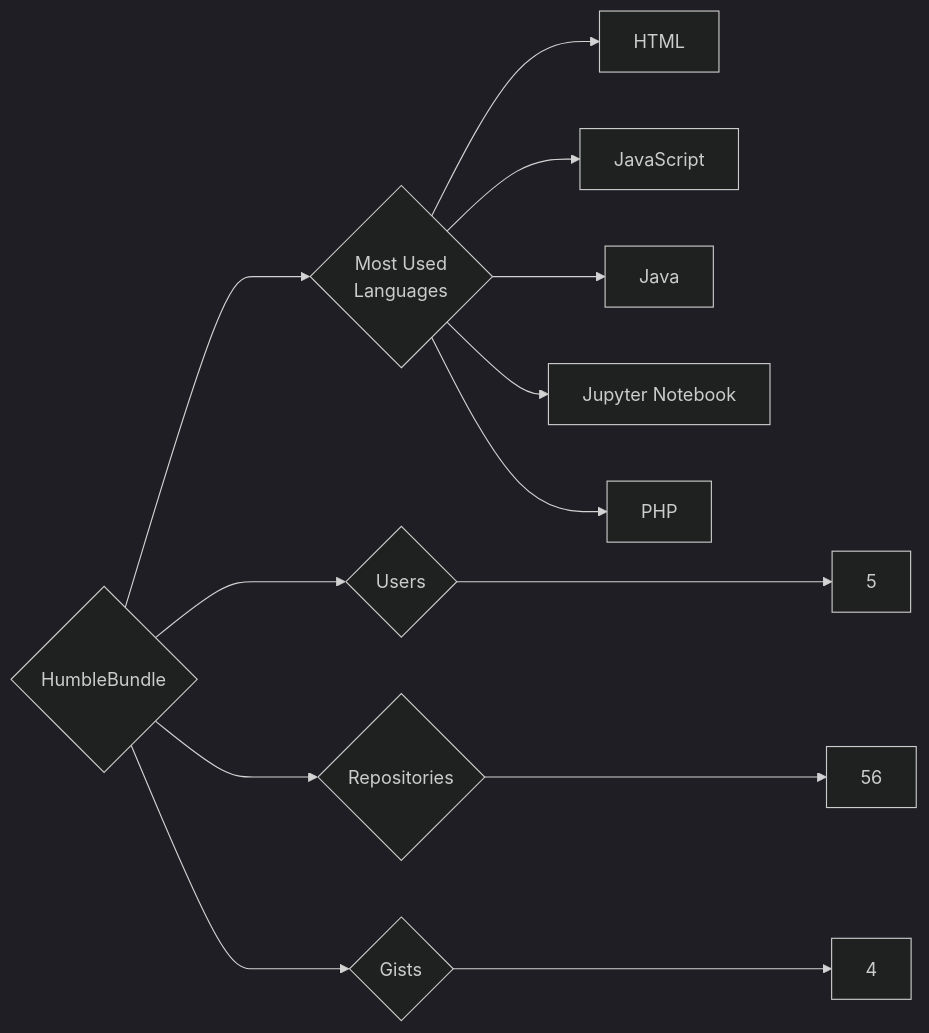
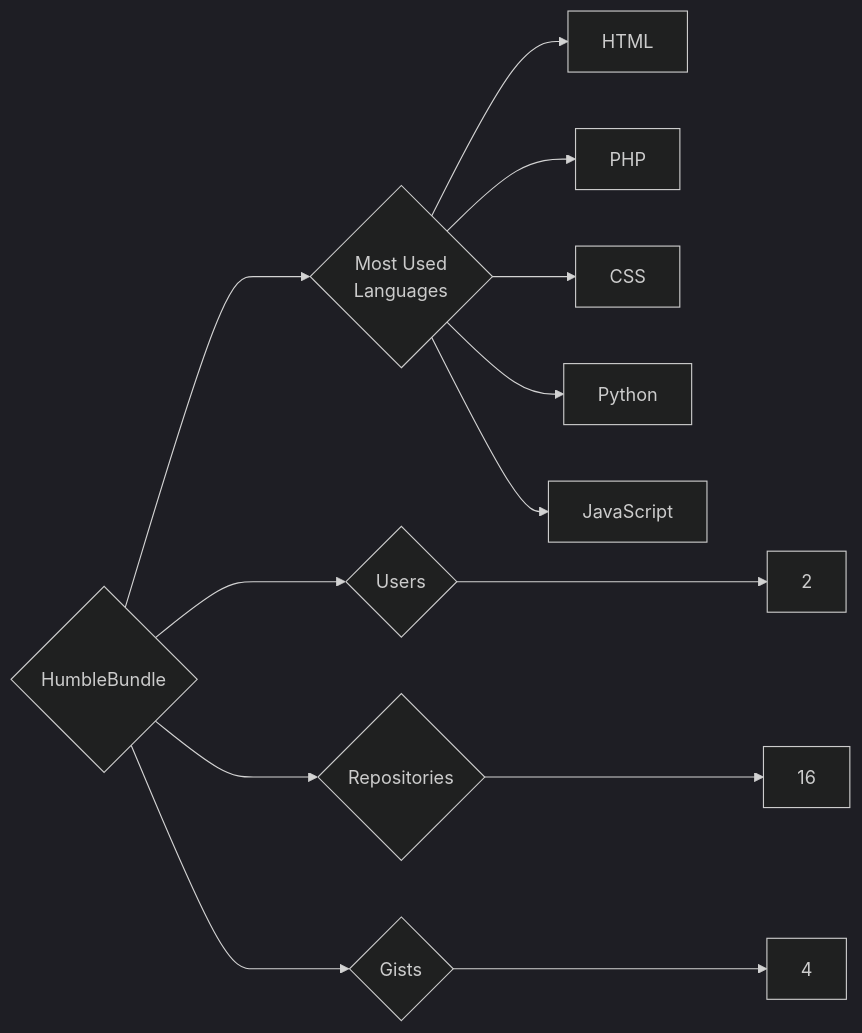
The diagram in targets/HumbleBundle/README.md (trickest/insiders), drawn with Mermaid (dark theme) before and after one commit. The commit also changed 933 other files, not shown here.

````diff
--- a/targets/HumbleBundle/README.md
+++ b/targets/HumbleBundle/README.md
@@ -3,13 +3,13 @@
 ```mermaid
 graph LR
 COMPANY_NAME{HumbleBundle}
-COMPANY_NAME ---> U{Users} ---> UN[5]
-COMPANY_NAME ---> R{Repositories} ---> RN[56]
+COMPANY_NAME ---> U{Users} ---> UN[2]
+COMPANY_NAME ---> R{Repositories} ---> RN[16]
 COMPANY_NAME ---> G{Gists} ---> GN[4]
 COMPANY_NAME ---> ML{Most Used<br>Languages}
 ML --> HTML[HTML]
+ML --> PHP[PHP]
+ML --> CSS[CSS]
+ML --> Python[Python]
 ML --> JavaScript[JavaScript]
-ML --> Java[Java]
-ML --> Jupyter_Notebook[Jupyter Notebook]
-ML --> PHP[PHP]
 ```
````
